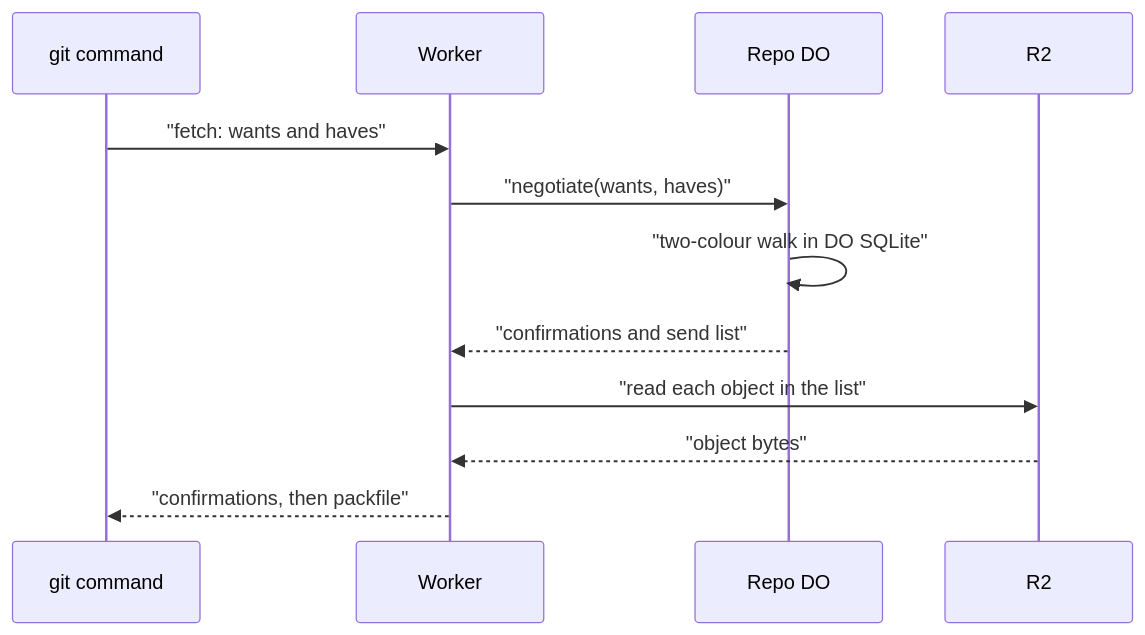
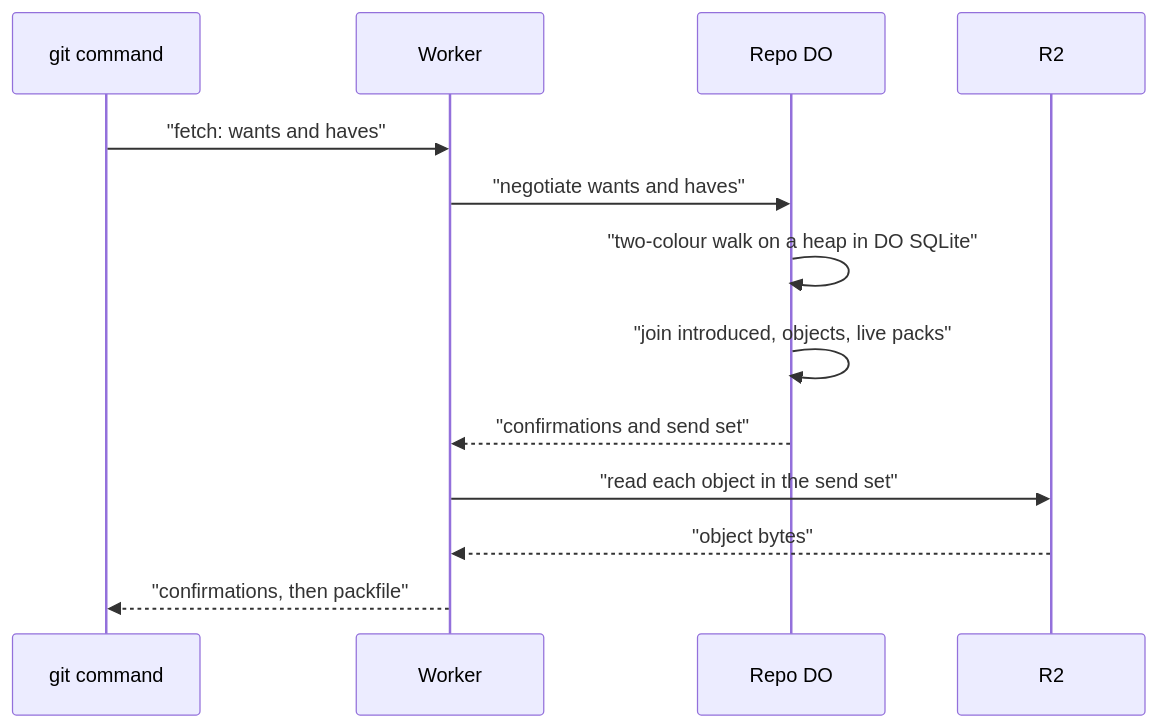
One commit to idl3/git-edge changed the diagram in plain/want-have-negotiation.md. Above: the diagram before and after it, drawn with Mermaid. The commit also changed other lines of this file and 65 other files, not shown here.

````diff
--- a/plain/want-have-negotiation.md
+++ b/plain/want-have-negotiation.md
@@ -27,14 +30,15 @@
 ```mermaid
 sequenceDiagram
     participant G as git command
     participant W as Worker
     participant D as Repo DO
     participant R as R2
     G->>W: "fetch: wants and haves"
-    W->>D: "negotiate(wants, haves)"
-    D->>D: "two-colour walk in DO SQLite"
-    D-->>W: "confirmations and send list"
-    W->>R: "read each object in the list"
+    W->>D: "negotiate wants and haves"
+    D->>D: "two-colour walk on a heap in DO SQLite"
+    D->>D: "join introduced, objects, live packs"
+    D-->>W: "confirmations and send set"
+    W->>R: "read each object in the send set"
     R-->>W: "object bytes"
     W-->>G: "confirmations, then packfile"
 ```
````
